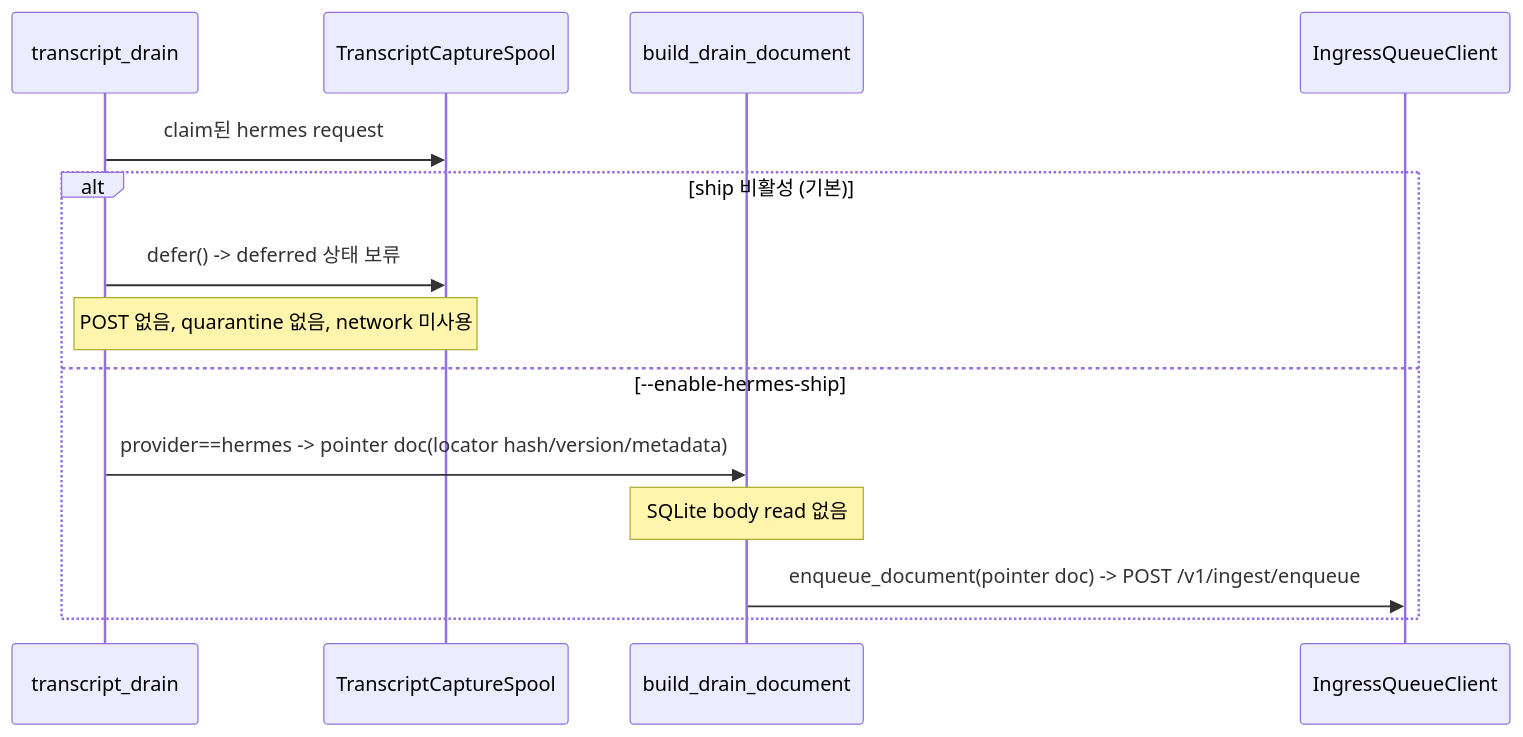
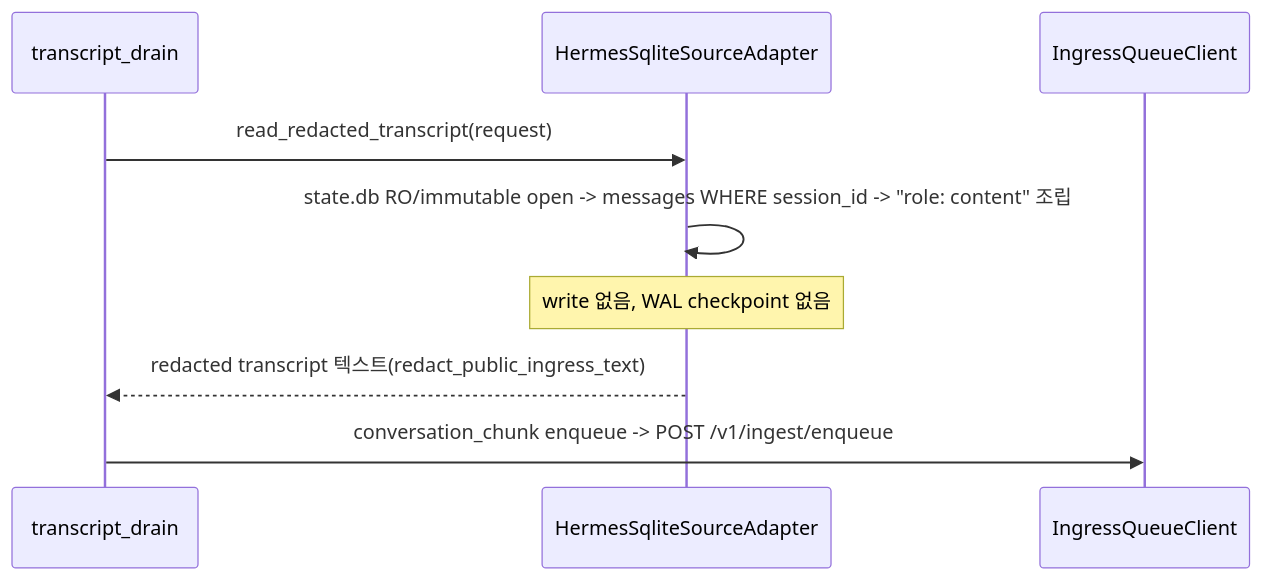
One commit to pureliture/dendrite changed the third of 3 diagrams in specs/hermes-provider-capture/design.md. Above: the diagram before and after it, drawn with Mermaid. The commit also changed other lines of this file and 12 other files, not shown here.

First line of the commit message:
refactor(hermes): source adapter interface — Hermes ships conversation_chunk

````diff
--- a/specs/hermes-provider-capture/design.md
+++ b/specs/hermes-provider-capture/design.md
@@ -133,16 +106,11 @@
 ```mermaid
 sequenceDiagram
   participant D as transcript_drain
-  participant S as TranscriptCaptureSpool
-  participant B as build_drain_document
+  participant A as HermesSqliteSourceAdapter
   participant Q as IngressQueueClient
-  D->>S: claim된 hermes request
-  alt ship 비활성 (기본)
-    D->>S: defer() -> deferred 상태 보류
-    Note over D,S: POST 없음, quarantine 없음, network 미사용
-  else --enable-hermes-ship
-    D->>B: provider==hermes -> pointer doc(locator hash/version/metadata)
-    Note over B: SQLite body read 없음
-    B->>Q: enqueue_document(pointer doc) -> POST /v1/ingest/enqueue
-  end
+  D->>A: read_redacted_transcript(request)
+  A->>A: state.db RO/immutable open -> messages WHERE session_id -> "role: content" 조립
+  Note over A: write 없음, WAL checkpoint 없음
+  A-->>D: redacted transcript 텍스트(redact_public_ingress_text)
+  D->>Q: conversation_chunk enqueue -> POST /v1/ingest/enqueue
 ```
````
